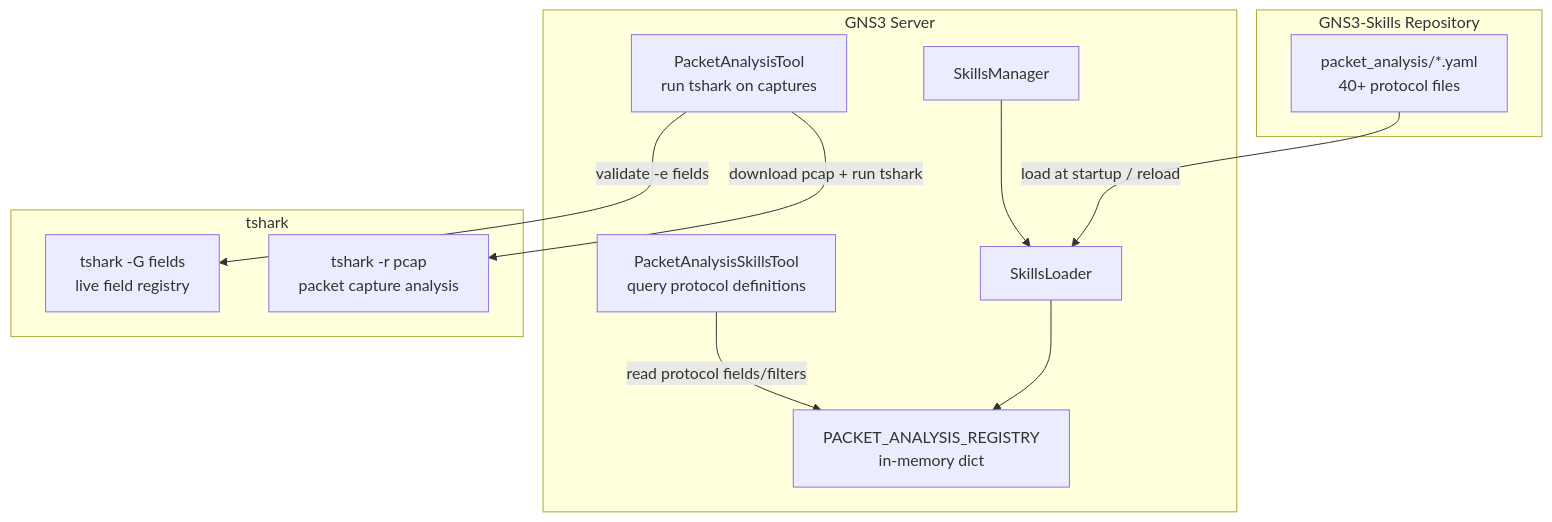
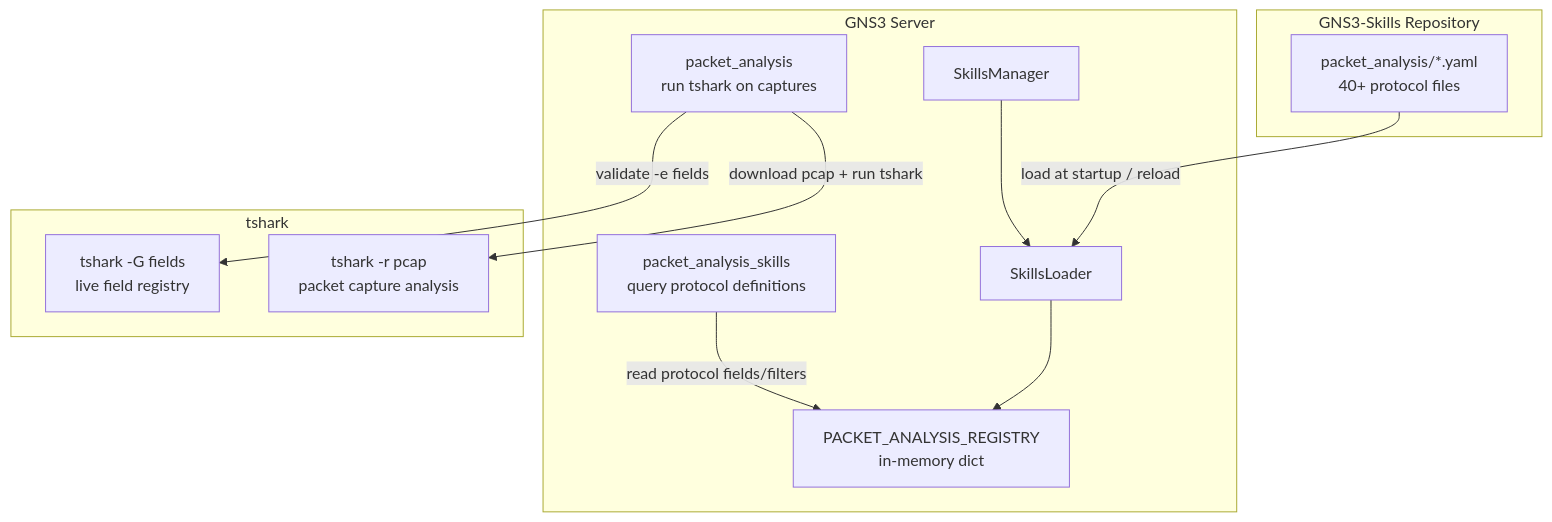
The first of 2 diagrams in docs/gns3-copilot/implemented/packet-analysis.md (GNS3/gns3-server), drawn with Mermaid before and after one commit. The commit also changed other lines of this file and 33 other files, not shown here.

````diff
--- a/docs/gns3-copilot/implemented/packet-analysis.md
+++ b/docs/gns3-copilot/implemented/packet-analysis.md
@@ -19,27 +19,27 @@
 ```mermaid
 graph TD
     subgraph "GNS3-Skills Repository"
         YAML[packet_analysis/*.yaml<br/>40+ protocol files]
     end
 
     subgraph "GNS3 Server"
         SM[SkillsManager]
         SL[SkillsLoader]
         REG[PACKET_ANALYSIS_REGISTRY<br/>in-memory dict]
-        SKILL[PacketAnalysisSkillsTool<br/>query protocol definitions]
-        TOOL[PacketAnalysisTool<br/>run tshark on captures]
+        SKILL[packet_analysis_skills<br/>query protocol definitions]
+        TOOL[packet_analysis<br/>run tshark on captures]
     end
 
     subgraph "tshark"
         FIELDS["tshark -G fields"<br/>live field registry]
         CAP["tshark -r pcap"<br/>packet capture analysis]
     end
 
     YAML -->|load at startup / reload| SL
     SL --> REG
     SM --> SL
 
     SKILL -->|read protocol fields/filters| REG
     TOOL -->|validate -e fields| FIELDS
     TOOL -->|download pcap + run tshark| CAP
 ```
````
